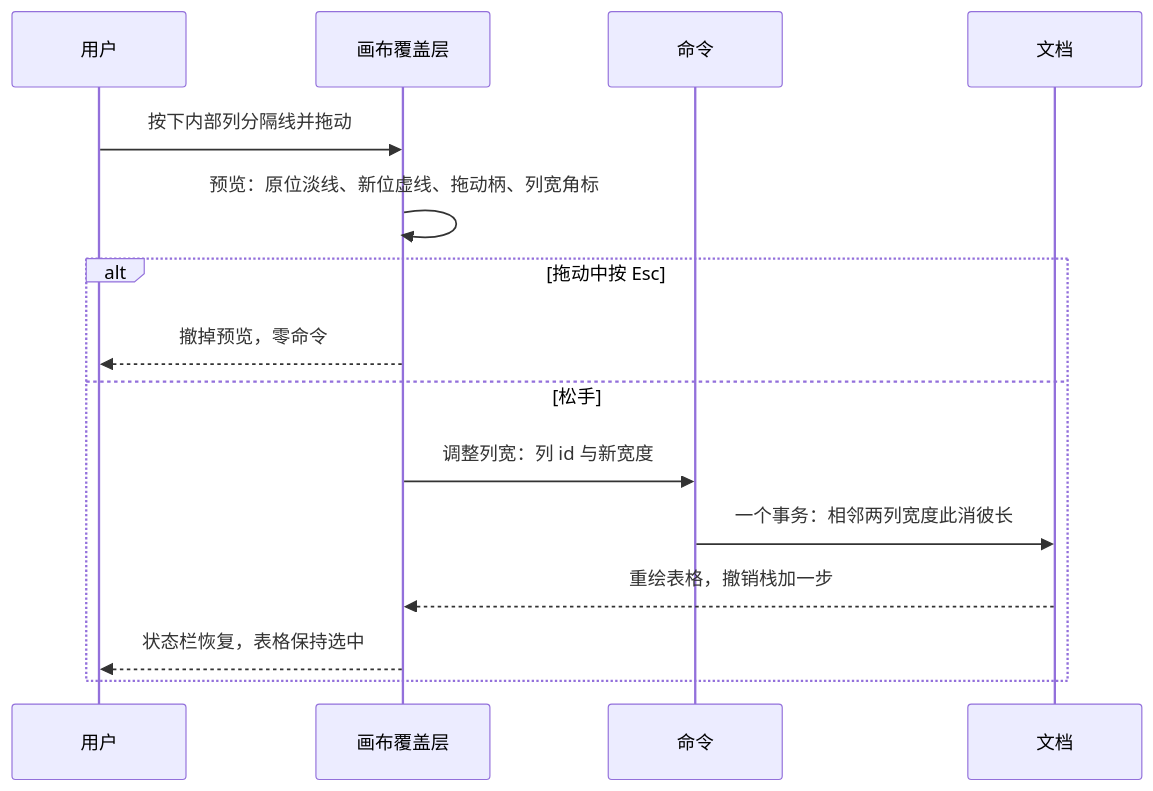
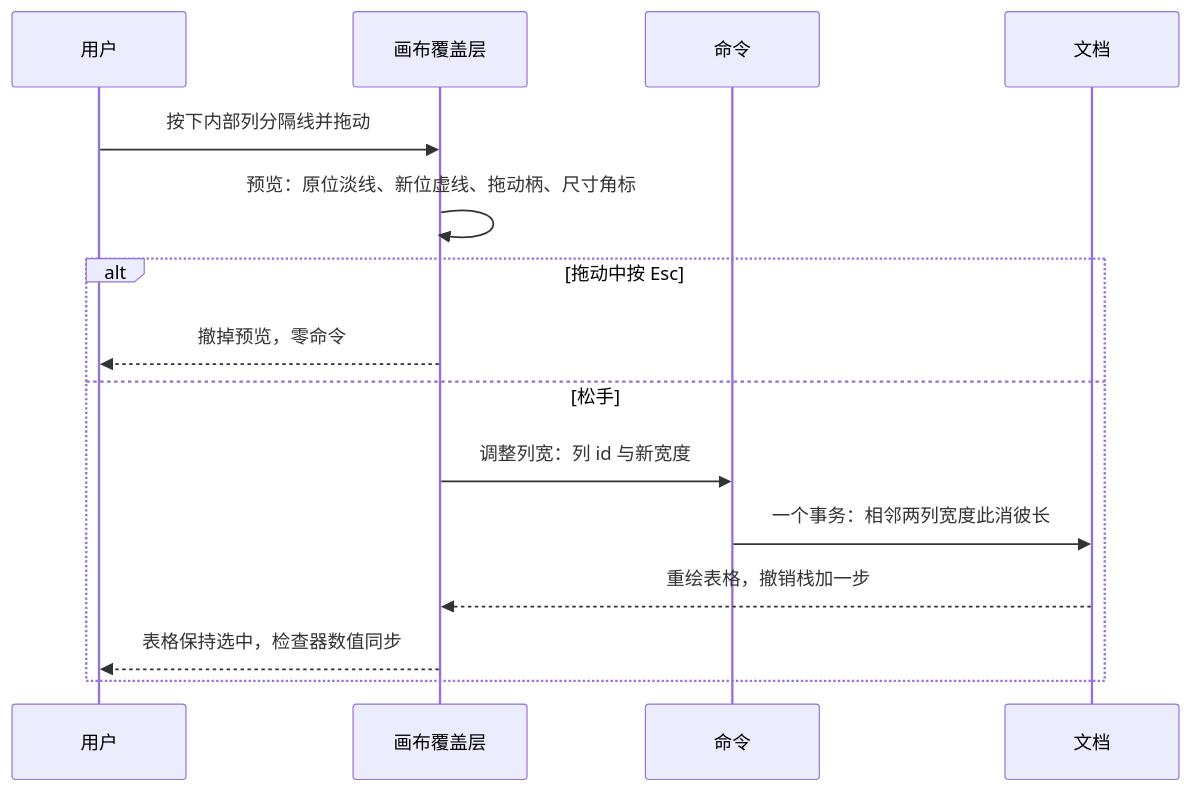
The sixth of 9 diagrams in docs/20-design/03-screens/30-table-editing.md (Xeonice/cordis-ppt-editor), drawn with Mermaid before and after one commit. The commit also changed other lines of this file and 44 other files, not shown here.

````diff
--- a/docs/20-design/03-screens/30-table-editing.md
+++ b/docs/20-design/03-screens/30-table-editing.md
@@ -396,17 +495,17 @@
 ```mermaid
 sequenceDiagram
   participant user as 用户
   participant overlay as 画布覆盖层
   participant cmds as 命令
   participant store as 文档
   user->>overlay: 按下内部列分隔线并拖动
-  overlay->>overlay: 预览：原位淡线、新位虚线、拖动柄、列宽角标
+  overlay->>overlay: 预览：原位淡线、新位虚线、拖动柄、尺寸角标
   alt 拖动中按 Esc
     overlay-->>user: 撤掉预览，零命令
   else 松手
     overlay->>cmds: 调整列宽：列 id 与新宽度
     cmds->>store: 一个事务：相邻两列宽度此消彼长
     store-->>overlay: 重绘表格，撤销栈加一步
-    overlay-->>user: 状态栏恢复，表格保持选中
+    overlay-->>user: 表格保持选中，检查器数值同步
   end
 ```
````
